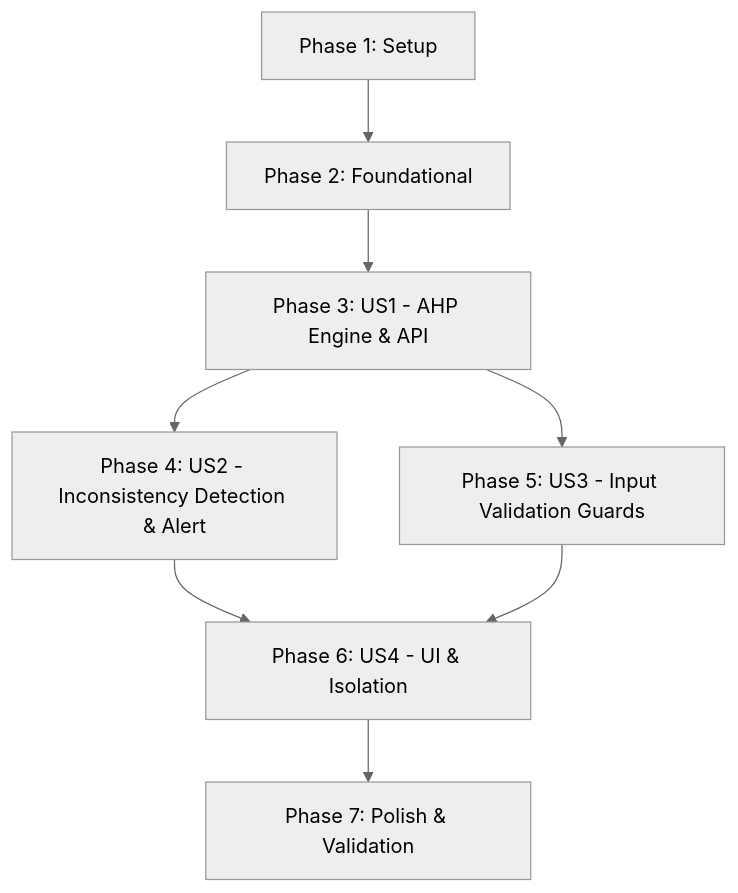
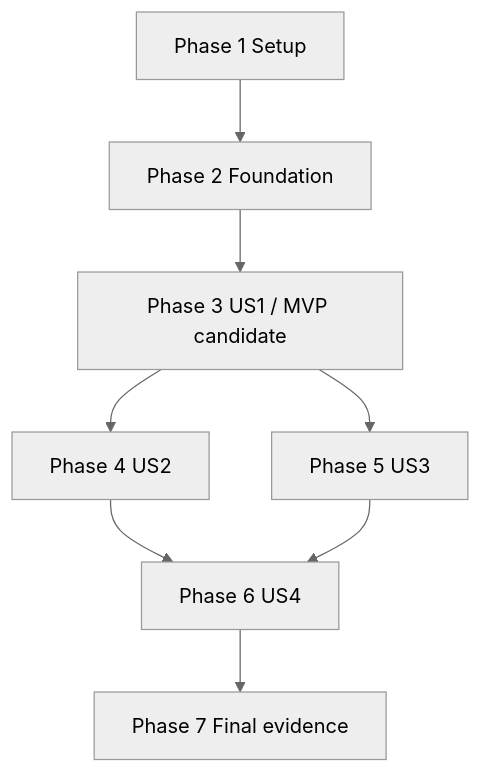
Before and after one commit to Itshossein128/project-management-information-system: the diagram in specs/021-decision-ahp/tasks.md, drawn with Mermaid (neutral theme). The commit also changed other lines of this file and 263 other files, not shown here.

````diff
--- a/specs/021-decision-ahp/tasks.md
+++ b/specs/021-decision-ahp/tasks.md
@@ -114,10 +128,10 @@
 ```mermaid
 flowchart TD
-    Setup[Phase 1: Setup] --> Foundational[Phase 2: Foundational]
-    Foundational --> US1[Phase 3: US1 - AHP Engine & API]
-    US1 --> US2[Phase 4: US2 - Inconsistency Detection & Alert]
-    US1 --> US3[Phase 5: US3 - Input Validation Guards]
-    US2 --> US4[Phase 6: US4 - UI & Isolation]
-    US3 --> US4
-    US4 --> Polish[Phase 7: Polish & Validation]
+  Setup[Phase 1 Setup] --> Foundation[Phase 2 Foundation]
+  Foundation --> US1[Phase 3 US1 / MVP candidate]
+  US1 --> US2[Phase 4 US2]
+  US1 --> US3[Phase 5 US3]
+  US2 --> US4[Phase 6 US4]
+  US3 --> US4
+  US4 --> Polish[Phase 7 Final evidence]
 ```
````
